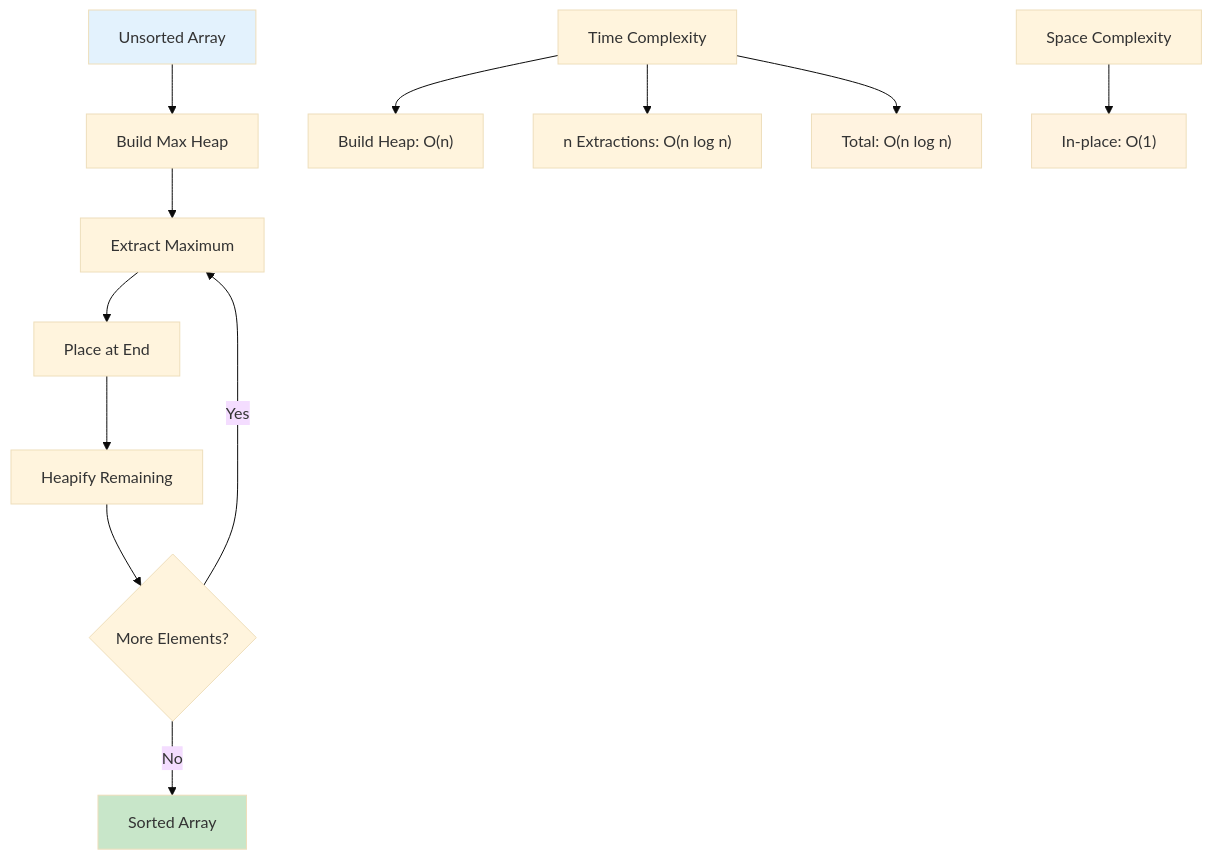
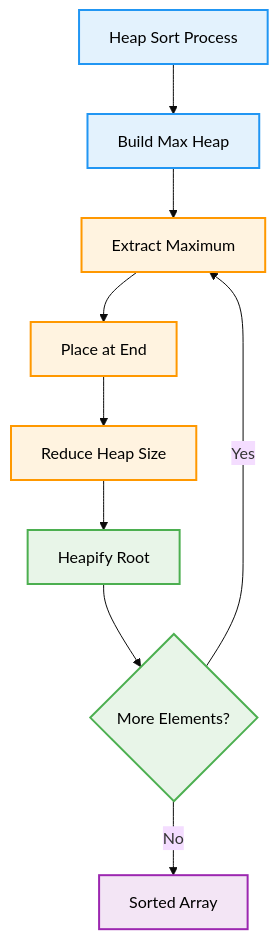
The fourth of 5 diagrams in concepts/heap.md (AbhishekGiri04/CodeVault), drawn with Mermaid (base theme) before and after one commit. The commit also changed other lines of this file, not shown here.

Commit message:
Add comprehensive heap.md with professional design and light colors

````diff
--- a/concepts/heap.md
+++ b/concepts/heap.md
@@ -269,21 +338,21 @@
 ```mermaid
 flowchart TD
-    A["Unsorted Array"] --> B["Build Max Heap"]
+    A["Heap Sort Process"] --> B["Build Max Heap"]
     B --> C["Extract Maximum"]
     C --> D["Place at End"]
-    D --> E["Heapify Remaining"]
-    E --> F{"More Elements?"}
-    F -->|Yes| C
-    F -->|No| G["Sorted Array"]
+    D --> E["Reduce Heap Size"]
+    E --> F["Heapify Root"]
+    F --> G{More Elements?}
+    G -->|Yes| C
+    G -->|No| H["Sorted Array"]
     
-    H["Time Complexity"] --> I["Build Heap: O(n)"]
-    H --> J["n Extractions: O(n log n)"]
-    H --> K["Total: O(n log n)"]
-    
-    L["Space Complexity"] --> M["In-place: O(1)"]
-    
-    style A fill:#e3f2fd
-    style G fill:#c8e6c9
-    style K fill:#fff3e0
-    style M fill:#fff3e0
+    classDef default fill:#f9f9f9,stroke:#333,stroke-width:2px,color:#000
+    classDef process fill:#e3f2fd,stroke:#2196f3,stroke-width:2px,color:#000
+    classDef build fill:#fff3e0,stroke:#ff9800,stroke-width:2px,color:#000
+    classDef extract fill:#e8f5e8,stroke:#4caf50,stroke-width:2px,color:#000
+    classDef sort fill:#f3e5f5,stroke:#9c27b0,stroke-width:2px,color:#000
+    class A,B process
+    class C,D,E build
+    class F,G extract
+    class H sort
 ```
````
